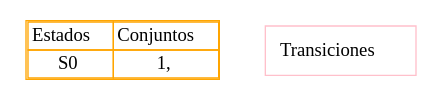
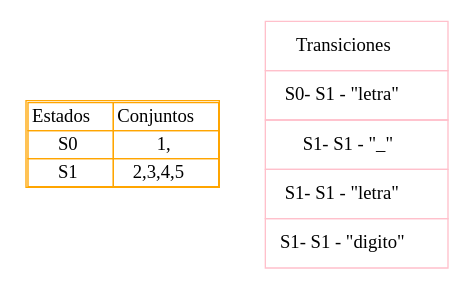
Before and after one commit to Desconocido502/OLC1-proyecto1-201902502: the diagram in src/TRANSICIONES_201902502/identificador.dot, drawn with Graphviz. The commit also changed 29 other files, not shown here.

```diff
--- a/src/TRANSICIONES_201902502/identificador.dot
+++ b/src/TRANSICIONES_201902502/identificador.dot
@@ -1,17 +1,22 @@
 digraph G{
 tbl [
 shape=plaintext
 label=<
 <table color='orange' cellspacing='0'>
 <tr><td>Estados</td><td>Conjuntos</td></tr>
 <tr><td>S0</td><td>1,</td></tr>
+<tr><td>S1</td><td>2,3,4,5</td></tr>
 </table>
 >];
 tb2 [
 shape=plaintext
 label=<
  <table color='pink' border='0' cellborder='1' cellpadding='10' cellspacing='0'>
 <tr><td>Transiciones</td></tr>
+<tr><td>S0- S1 - "letra"</td></tr>
+<tr><td>S1- S1 - "_"</td></tr>
+<tr><td>S1- S1 - "letra"</td></tr>
+<tr><td>S1- S1 - "digito"</td></tr>
 </table>
 >];
 }
```
